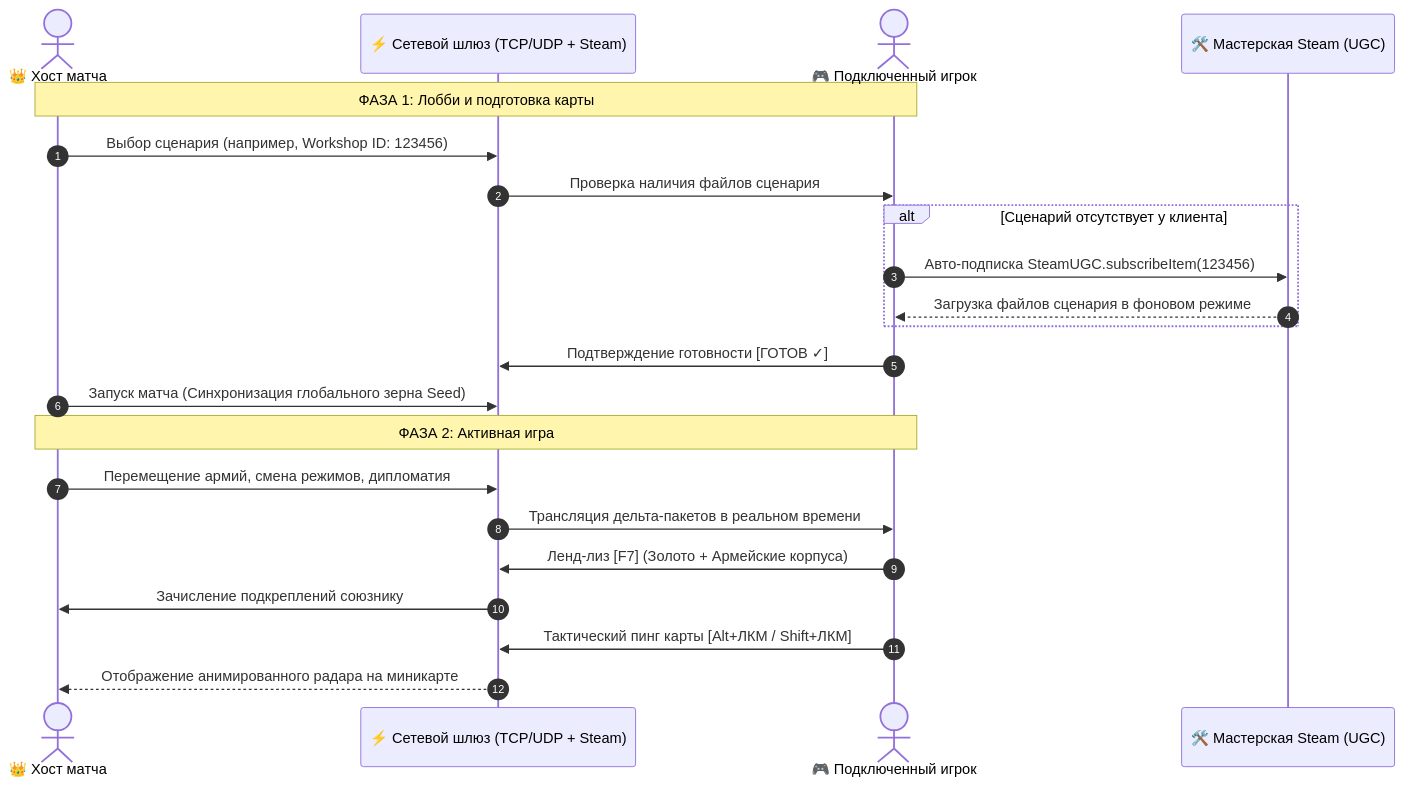
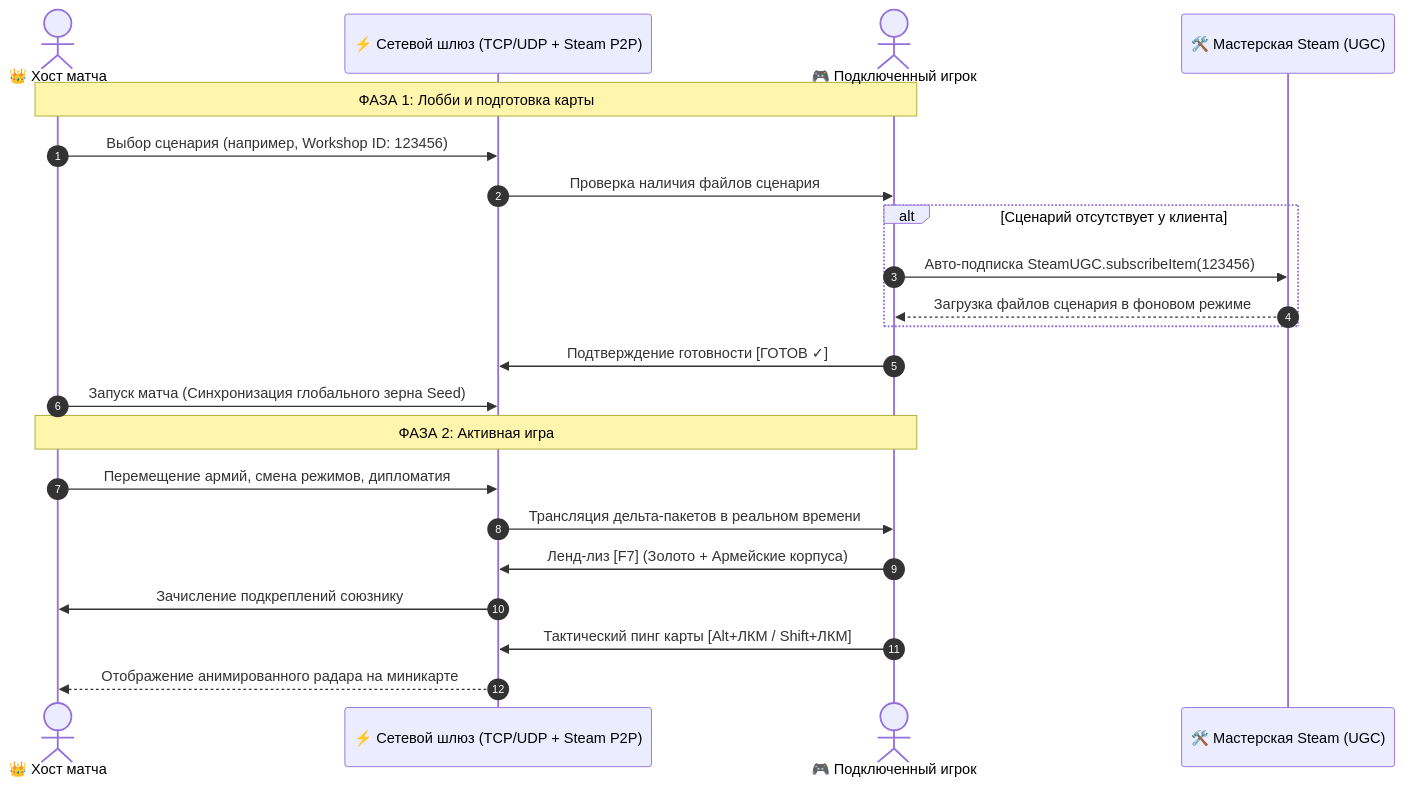
The diagram in README.md (MisterPugs/Age-of-Clicks-Multiplayer-Mod), drawn with Mermaid before and after one commit. The commit also changed other lines of this file and 4 other files, not shown here.

````diff
--- a/README.md
+++ b/README.md
@@ -31,26 +29,26 @@
 ```mermaid
 sequenceDiagram
     autonumber
     actor Host as 👑 Хост матча
-    participant Net as ⚡ Сетевой шлюз (TCP/UDP + Steam)
+    participant Net as ⚡ Сетевой шлюз (TCP/UDP + Steam P2P)
     actor Client as 🎮 Подключенный игрок
     participant Workshop as 🛠️ Мастерская Steam (UGC)
 
     Note over Host,Client: ФАЗА 1: Лобби и подготовка карты
     Host->>Net: Выбор сценария (например, Workshop ID: 123456)
     Net->>Client: Проверка наличия файлов сценария
     alt Сценарий отсутствует у клиента
         Client->>Workshop: Авто-подписка SteamUGC.subscribeItem(123456)
         Workshop-->>Client: Загрузка файлов сценария в фоновом режиме
     end
     Client->>Net: Подтверждение готовности [ГОТОВ ✓]
     Host->>Net: Запуск матча (Синхронизация глобального зерна Seed)
 
     Note over Host,Client: ФАЗА 2: Активная игра
     Host->>Net: Перемещение армий, смена режимов, дипломатия
     Net->>Client: Трансляция дельта-пакетов в реальном времени
     Client->>Net: Ленд-лиз [F7] (Золото + Армейские корпуса)
     Net->>Host: Зачисление подкреплений союзнику
     Client->>Net: Тактический пинг карты [Alt+ЛКМ / Shift+ЛКМ]
     Net-->>Host: Отображение анимированного радара на миникарте
 ```
````
